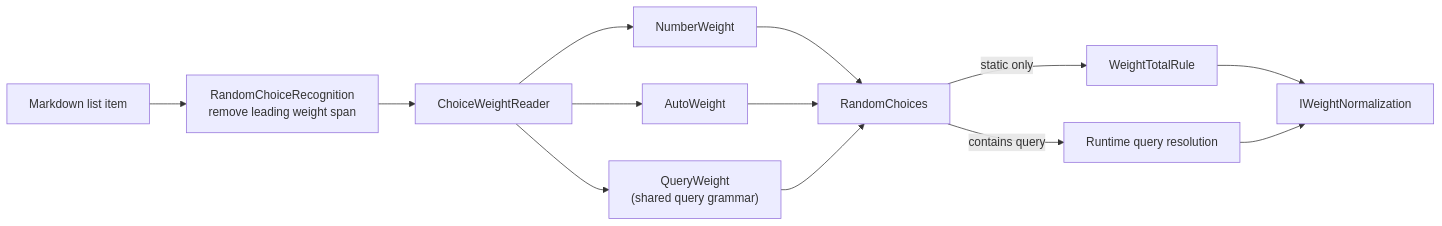
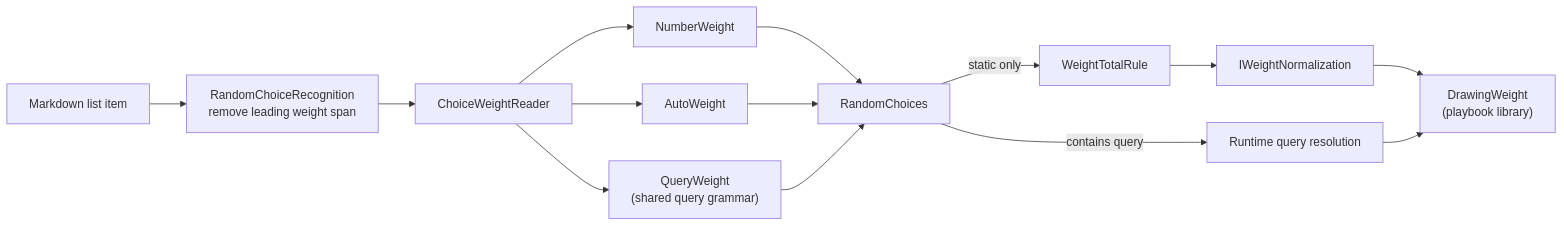
The diagram in docs/contributing/design-notes/language/Random Choice.md (pengzhengyi/dialoguedown), drawn with Mermaid before and after one commit. The commit also changed other lines of this file and 120 other files, not shown here.

````diff
--- a/docs/contributing/design-notes/language/Random Choice.md
+++ b/docs/contributing/design-notes/language/Random Choice.md
@@ -205,15 +212,16 @@
 ```mermaid
 flowchart LR
     LI["Markdown list item"] --> Recognize["RandomChoiceRecognition<br/>remove leading weight span"]
     Recognize --> Read["ChoiceWeightReader"]
     Read --> NW["NumberWeight"]
     Read --> AW["AutoWeight"]
     Read --> QW["QueryWeight<br/>(shared query grammar)"]
     NW --> RC["RandomChoices"]
     AW --> RC
     QW --> RC
     RC -->|static only| Rule["WeightTotalRule"]
     RC -->|contains query| Runtime["Runtime query resolution"]
     Rule --> Norm["IWeightNormalization"]
-    Runtime --> Norm
+    Norm --> Drawing["DrawingWeight<br/>(playbook library)"]
+    Runtime --> Drawing
 ```
````
